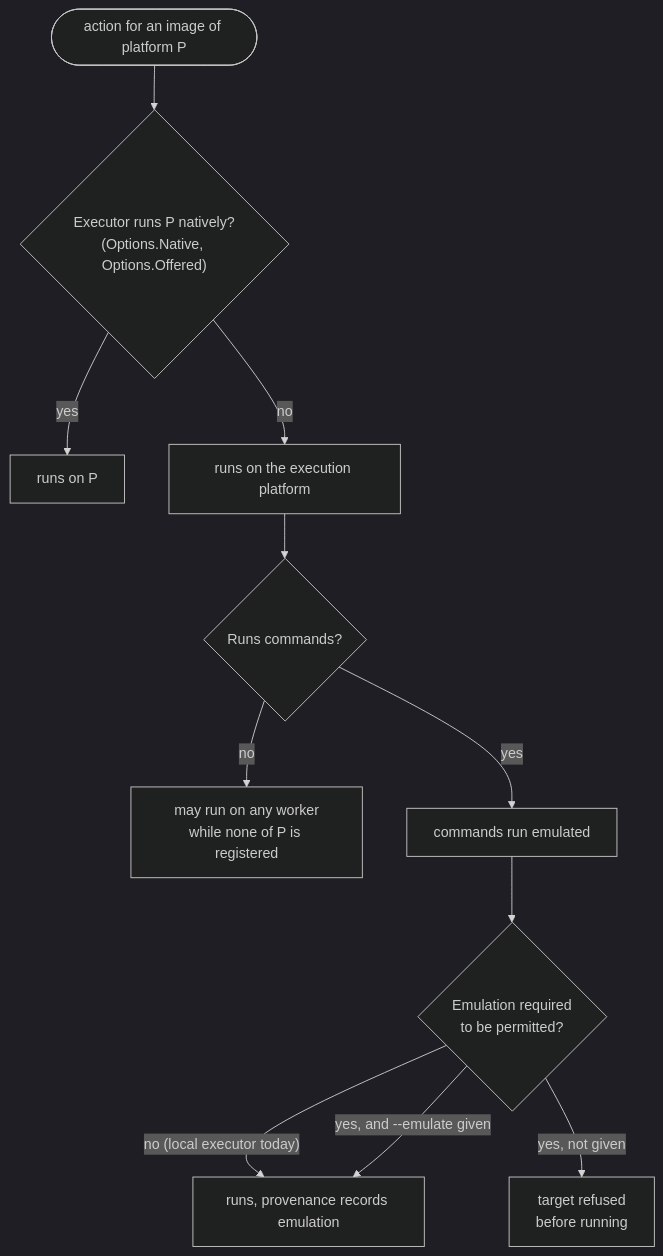
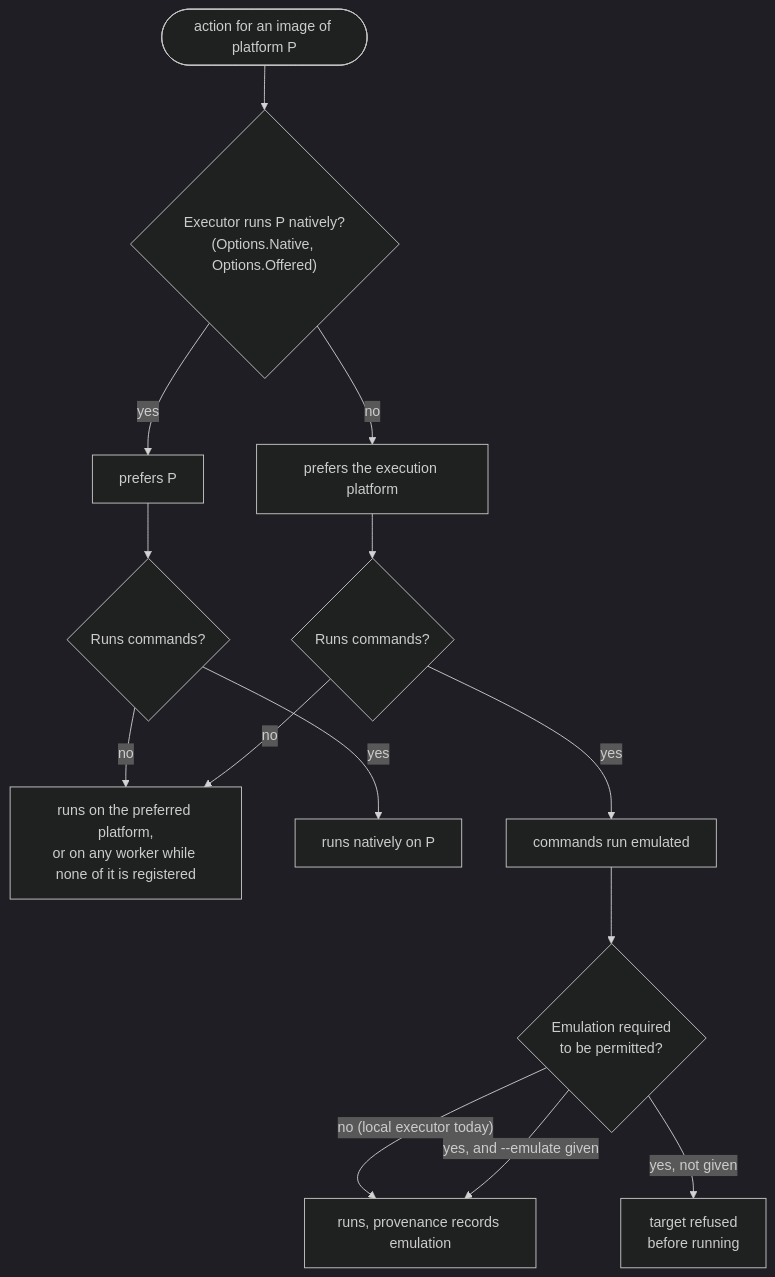
The third of 6 diagrams in docs/design/container-builds.md (vamos-build/vamos), drawn with Mermaid (dark theme) before and after one commit. The commit also changed 1 other file, not shown here.

Commit message:
Apply the no-command worker fallback to native and emulated actions alike

````diff
--- a/docs/design/container-builds.md
+++ b/docs/design/container-builds.md
@@ -89,14 +89,17 @@
 ```mermaid
 flowchart TD
     action(["action for an image of platform P"])
     action --> native{"Executor runs P natively?<br/>(Options.Native, Options.Offered)"}
-    native -- "yes" --> onP["runs on P"]
-    native -- "no" --> onExec["runs on the execution platform"]
+    native -- "yes" --> onP["prefers P"]
+    native -- "no" --> onExec["prefers the execution platform"]
+    onP --> cmdsP{"Runs commands?"}
     onExec --> cmds{"Runs commands?"}
-    cmds -- "no" --> any["may run on any worker<br/>while none of P is registered"]
+    cmdsP -- "no" --> any["runs on the preferred platform,<br/>or on any worker while none of it is registered"]
+    cmds -- "no" --> any
+    cmdsP -- "yes" --> runP["runs natively on P"]
     cmds -- "yes" --> emu["commands run emulated"]
     emu --> permit{"Emulation required<br/>to be permitted?"}
     permit -- "no (local executor today)" --> runemu["runs, provenance records emulation"]
     permit -- "yes, and --emulate given" --> runemu
     permit -- "yes, not given" --> refuse["target refused<br/>before running"]
 ```
````
